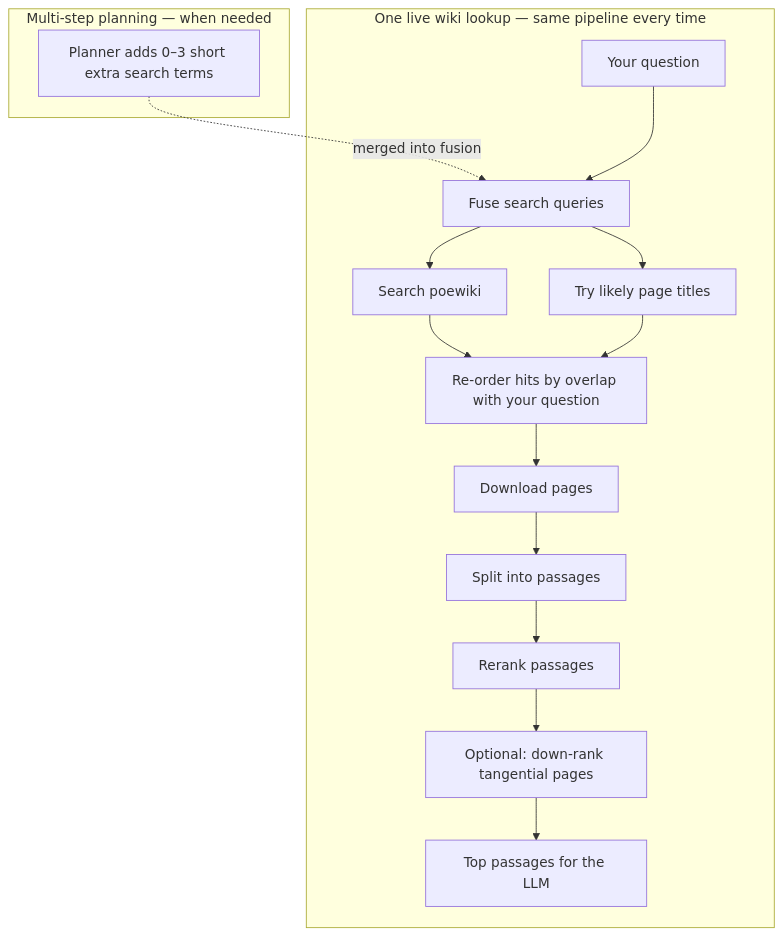
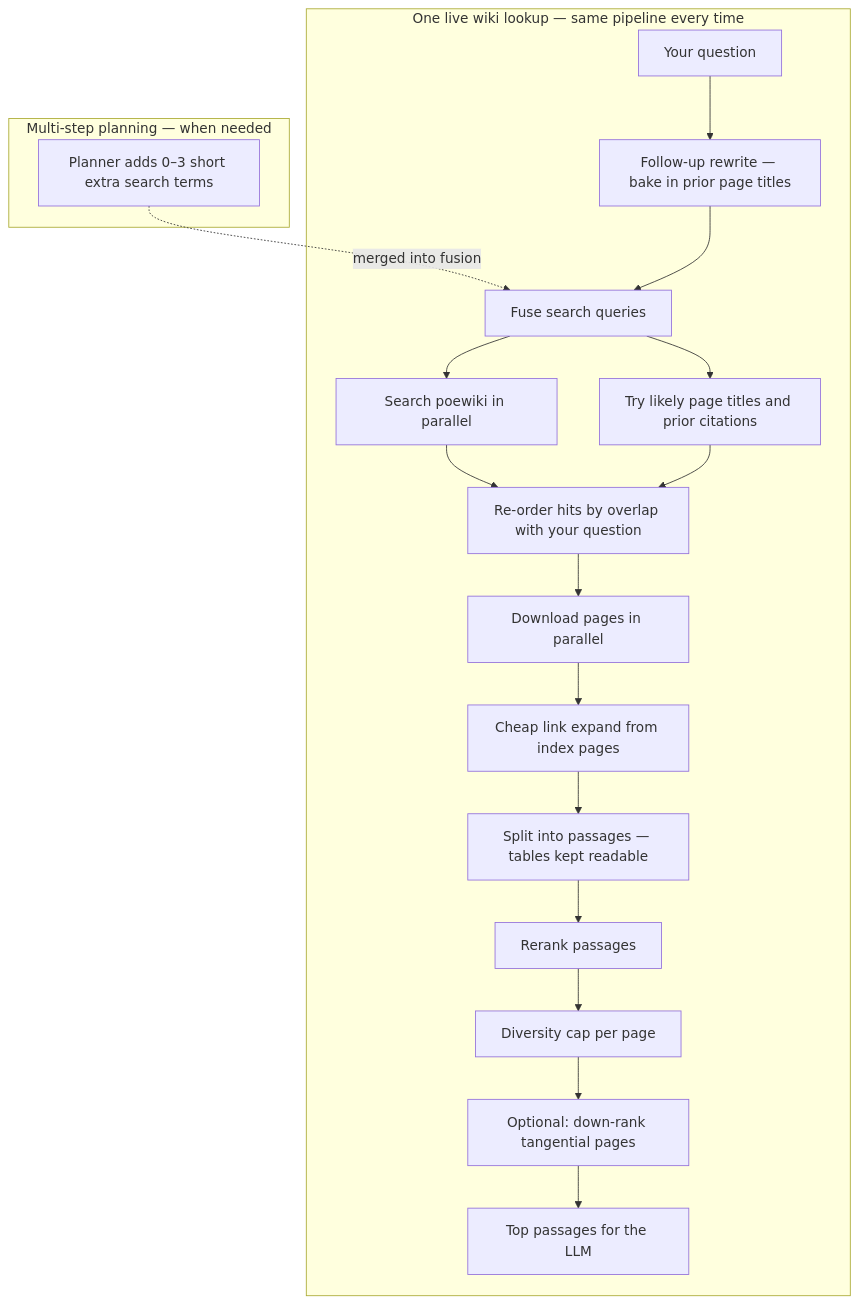
The second of 2 diagrams in docs/ARCHITECTURE.md (cent664/Siosa), drawn with Mermaid before and after one commit. The commit also changed other lines of this file and 21 other files, not shown here.

First line of the commit message:
Speed up live retrieval and improve follow-up link hops.

````diff
--- a/docs/ARCHITECTURE.md
+++ b/docs/ARCHITECTURE.md
@@ -26,25 +26,28 @@
 ```mermaid
 flowchart TB
   subgraph agentic["Multi-step planning — when needed"]
     PL[Planner adds 0–3 short extra search terms]
   end
   subgraph pass["One live wiki lookup — same pipeline every time"]
     Q[Your question]
+    FU[Follow-up rewrite — bake in prior page titles]
     F[Fuse search queries]
-    S[Search poewiki]
-    T[Try likely page titles]
+    S[Search poewiki in parallel]
+    T[Try likely page titles and prior citations]
     O[Re-order hits by overlap with your question]
-    DL[Download pages]
-    C[Split into passages]
+    DL[Download pages in parallel]
+    LX[Cheap link expand from index pages]
+    C[Split into passages — tables kept readable]
     RR[Rerank passages]
+    DV[Diversity cap per page]
     FT[Optional: down-rank tangential pages]
     OUT[Top passages for the LLM]
   end
   PL -.->|merged into fusion| F
-  Q --> F
+  Q --> FU --> F
   F --> S
   F --> T
   S --> O
   T --> O
-  O --> DL --> C --> RR --> FT --> OUT
+  O --> DL --> LX --> C --> RR --> DV --> FT --> OUT
 ```
````
